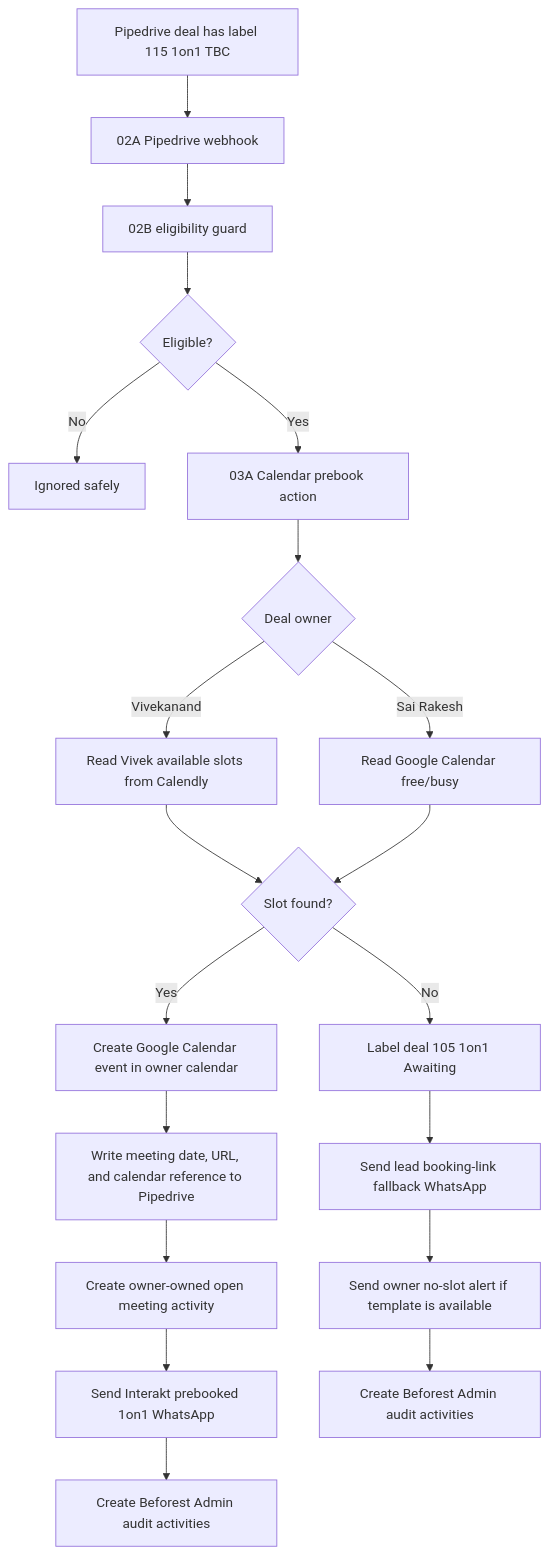
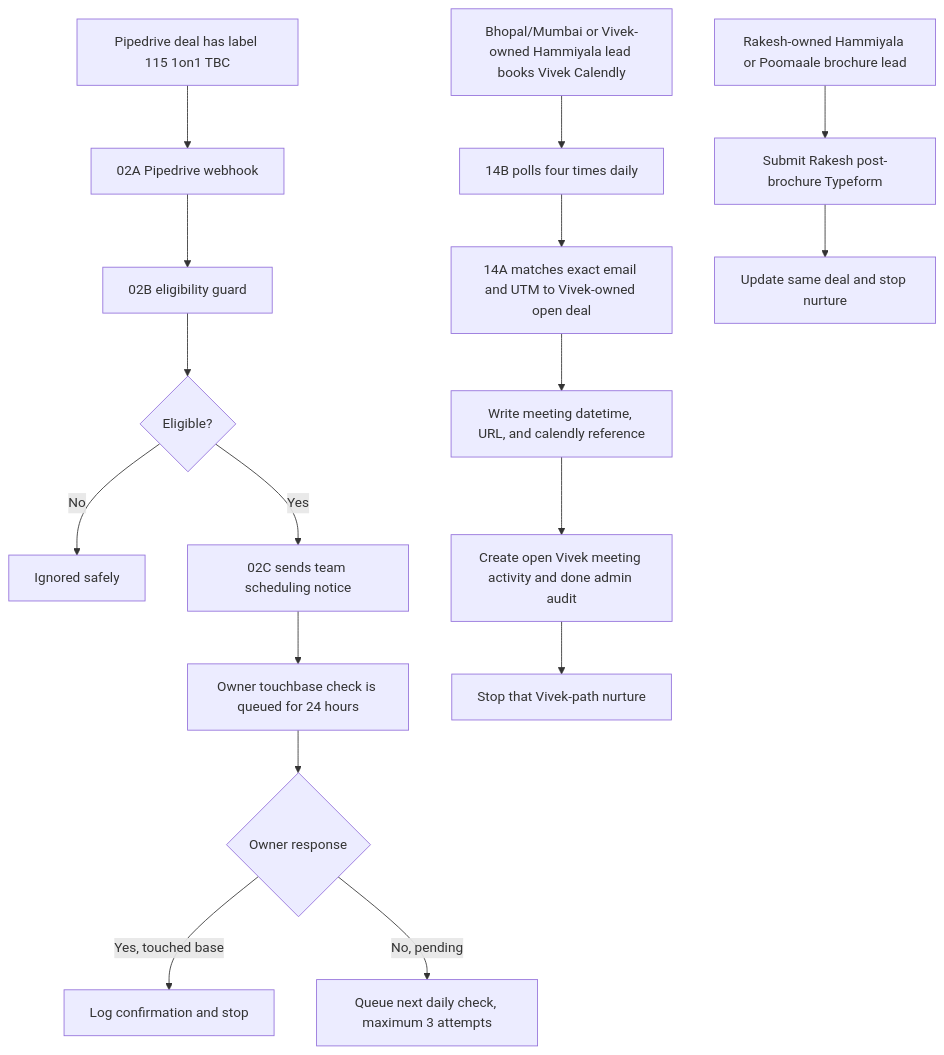
Before and after one commit to harshaislive/windmill: the second of 5 diagrams in workflow_sales/team_handoff/01_system_overview.md, drawn with Mermaid. The commit also changed other lines of this file and 971 other files, not shown here.

````diff
--- a/workflow_sales/team_handoff/01_system_overview.md
+++ b/workflow_sales/team_handoff/01_system_overview.md
@@ -51,22 +59,21 @@
 ```mermaid
 flowchart TD
   A["Pipedrive deal has label 115 1on1 TBC"] --> B["02A Pipedrive webhook"]
   B --> C["02B eligibility guard"]
   C --> D{"Eligible?"}
   D -->|"No"| E["Ignored safely"]
-  D -->|"Yes"| F["03A Calendar prebook action"]
-  F --> G{"Deal owner"}
-  G -->|"Vivekanand"| H["Read Vivek available slots from Calendly"]
-  G -->|"Sai Rakesh"| I["Read Google Calendar free/busy"]
-  H --> J{"Slot found?"}
-  I --> J
-  J -->|"Yes"| K["Create Google Calendar event in owner calendar"]
-  K --> L["Write meeting date, URL, and calendar reference to Pipedrive"]
-  L --> M["Create owner-owned open meeting activity"]
-  M --> N["Send Interakt prebooked 1on1 WhatsApp"]
-  N --> O["Create Beforest Admin audit activities"]
-  J -->|"No"| P["Label deal 105 1on1 Awaiting"]
-  P --> Q["Send lead booking-link fallback WhatsApp"]
-  Q --> R["Send owner no-slot alert if template is available"]
-  R --> S["Create Beforest Admin audit activities"]
+  D -->|"Yes"| F["02C sends team scheduling notice"]
+  F --> G["Owner touchbase check is queued for 24 hours"]
+  G --> H{"Owner response"}
+  H -->|"Yes, touched base"| I["Log confirmation and stop"]
+  H -->|"No, pending"| J["Queue next daily check, maximum 3 attempts"]
+
+  K["Bhopal/Mumbai or Vivek-owned Hammiyala lead books Vivek Calendly"] --> L["14B polls four times daily"]
+  L --> M["14A matches exact email and UTM to Vivek-owned open deal"]
+  M --> N["Write meeting datetime, URL, and calendly reference"]
+  N --> O["Create open Vivek meeting activity and done admin audit"]
+  O --> P["Stop that Vivek-path nurture"]
+
+  Q["Rakesh-owned Hammiyala or Poomaale brochure lead"] --> R["Submit Rakesh post-brochure Typeform"]
+  R --> S["Update same deal and stop nurture"]
 ```
````
